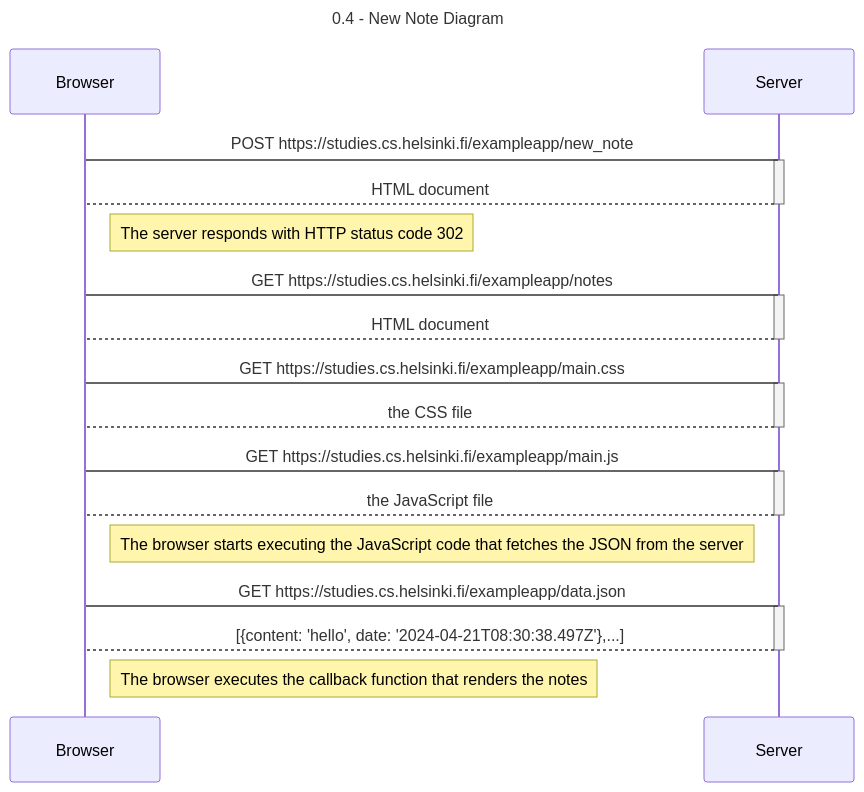
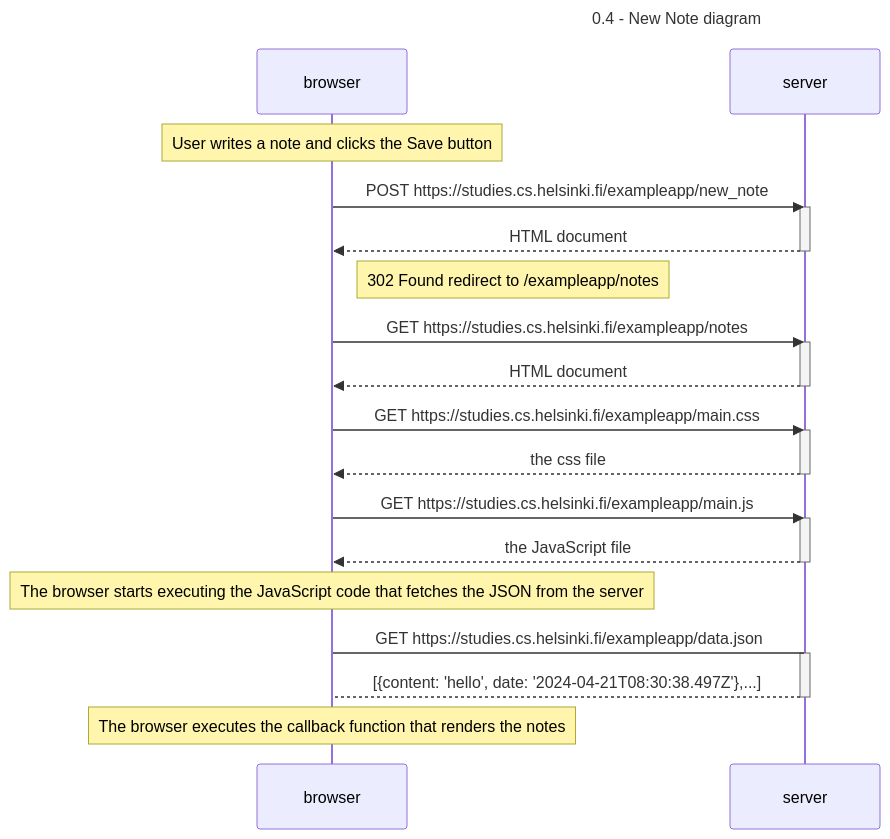
The diagram in part0/Ex_0.4.md (Prernagupta110/Full_stack), drawn with Mermaid before and after one commit.

````diff
--- a/part0/Ex_0.4.md
+++ b/part0/Ex_0.4.md
@@ -1,34 +1,37 @@
 ```mermaid
 sequenceDiagram
-    title 0.4 - New Note Diagram
-    participant Browser
-    participant Server
+    title 0.4 - New Note diagram
+    participant browser
+    participant server
 
-    Browser->Server: POST https://studies.cs.helsinki.fi/exampleapp/new_note
-    activate Server
-    Server-->Browser: HTML document
-    deactivate Server
-    note right of Browser:The server responds with HTTP status code 302
+    Note over browser: User writes a note and clicks the Save button
 
-    Browser->Server: GET https://studies.cs.helsinki.fi/exampleapp/notes
-    activate Server
-    Server-->Browser: HTML document
-    deactivate Server
+    browser->>server: POST https://studies.cs.helsinki.fi/exampleapp/new_note
+    activate server 
+    server-->>browser: HTML document
+    deactivate server
+    note right of browser:302 Found redirect to /exampleapp/notes 
 
-    Browser->Server: GET https://studies.cs.helsinki.fi/exampleapp/main.css
-    activate Server
-    Server-->Browser: the CSS file
-    deactivate Server
+    browser->>server: GET https://studies.cs.helsinki.fi/exampleapp/notes
+    activate server
+    server-->>browser: HTML document
+    deactivate server
 
-    Browser->Server: GET https://studies.cs.helsinki.fi/exampleapp/main.js
-    activate Server
-    Server-->Browser: the JavaScript file
-    deactivate Server
-    note right of Browser: The browser starts executing the JavaScript code that fetches the JSON from the server
+    browser->>server: GET https://studies.cs.helsinki.fi/exampleapp/main.css
+    activate server
+    server-->>browser: the css file
+    deactivate server
 
-    Browser->Server: GET https://studies.cs.helsinki.fi/exampleapp/data.json
-    activate Server
-    Server-->Browser: [{content: 'hello', date: '2024-04-21T08:30:38.497Z'},...]
-    deactivate Server
-    note right of Browser: The browser executes the callback function  that renders the notes
+    browser->>server: GET https://studies.cs.helsinki.fi/exampleapp/main.js
+    activate server
+    server-->>browser: the JavaScript file
+    deactivate server
+
+    Note over browser: The browser starts executing the JavaScript code that fetches the JSON from the server
+
+    browser->server: GET https://studies.cs.helsinki.fi/exampleapp/data.json
+    activate server
+    server-->browser: [{content: 'hello', date: '2024-04-21T08:30:38.497Z'},...]
+    deactivate server
+    Note over browser: The browser executes the callback function  that renders the notes
 ```
````
